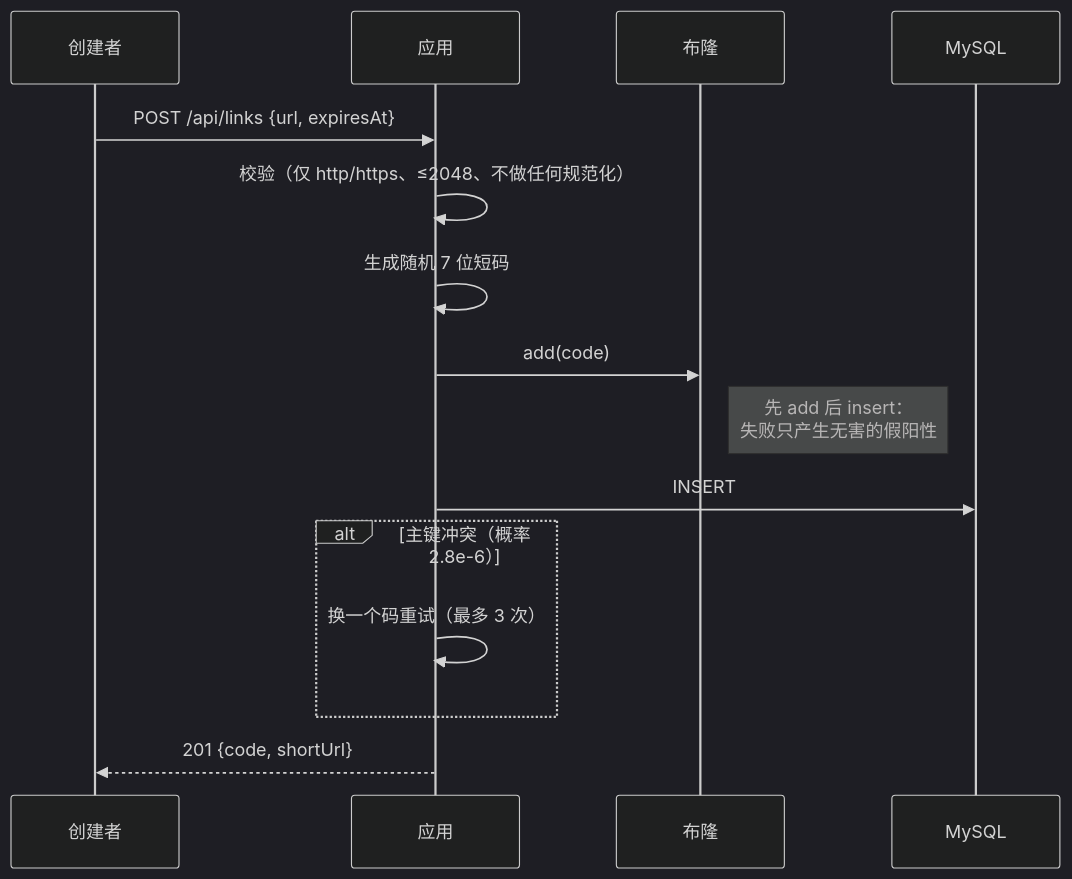
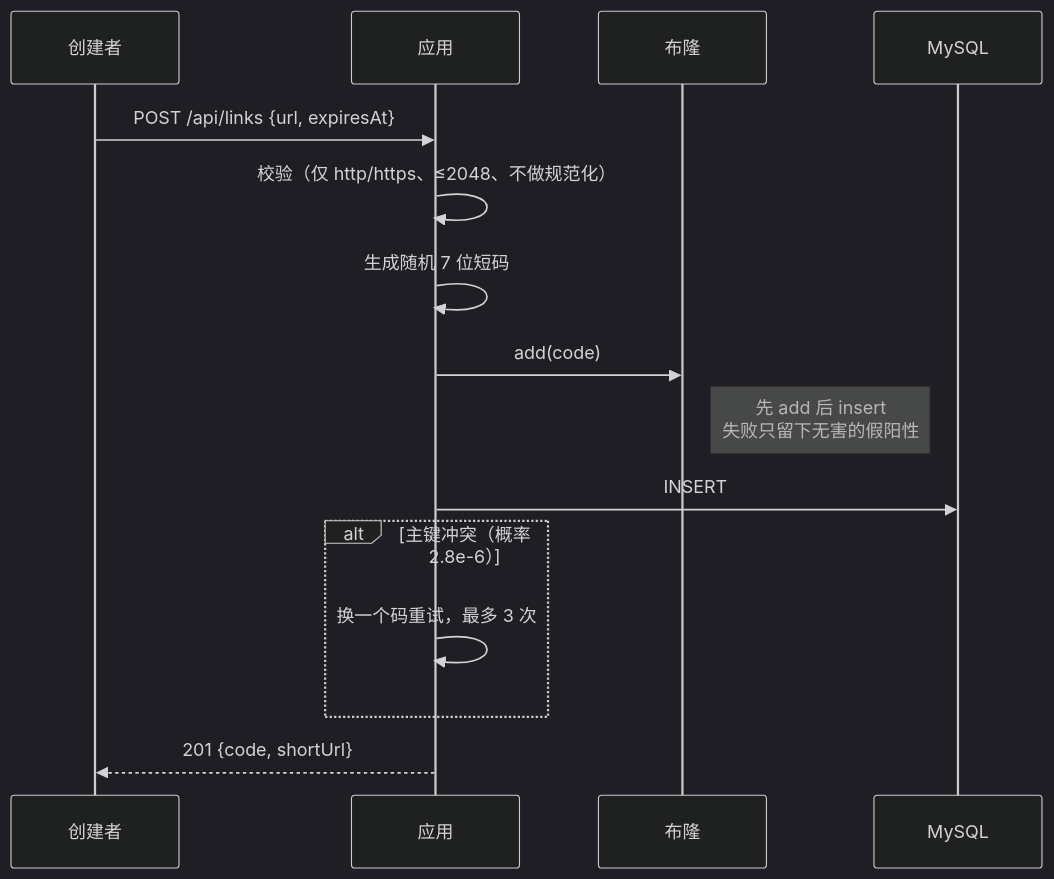
The second of 4 diagrams in README.md (Xiangyfff/shortlink), drawn with Mermaid (dark theme) before and after one commit. The commit also changed other lines of this file, not shown here.

````diff
--- a/README.md
+++ b/README.md
@@ -139,17 +118,17 @@
 ```mermaid
 sequenceDiagram
     participant C as 创建者
     participant A as 应用
     participant B as 布隆
     participant D as MySQL
     C->>A: POST /api/links {url, expiresAt}
-    A->>A: 校验（仅 http/https、≤2048、不做任何规范化）
+    A->>A: 校验（仅 http/https、≤2048、不做规范化）
     A->>A: 生成随机 7 位短码
     A->>B: add(code)
-    Note right of B: 先 add 后 insert：<br/>失败只产生无害的假阳性
+    Note right of B: 先 add 后 insert<br/>失败只留下无害的假阳性
     A->>D: INSERT
     alt 主键冲突（概率 2.8e-6）
-        A->>A: 换一个码重试（最多 3 次）
+        A->>A: 换一个码重试，最多 3 次
     end
     A-->>C: 201 {code, shortUrl}
 ```
````
